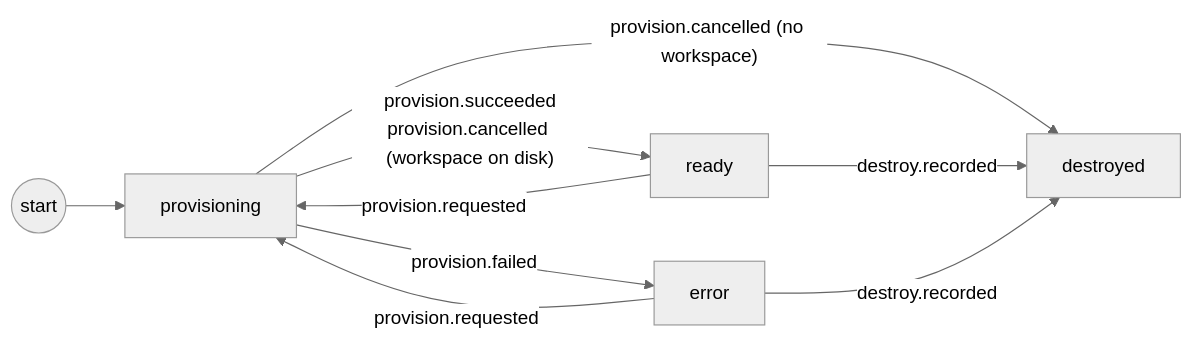
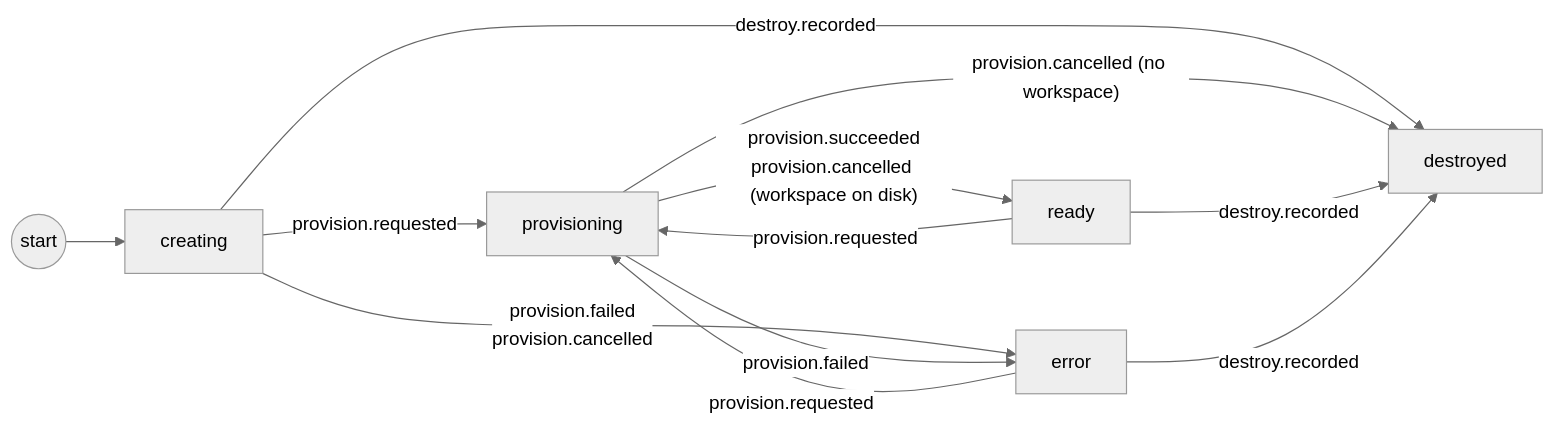
The second of 2 diagrams in docs/lifecycle-diagrams.md (IlyaM/bb), drawn with Mermaid (neutral theme) before and after one commit. The commit also changed 67 other files, not shown here.

````diff
--- a/docs/lifecycle-diagrams.md
+++ b/docs/lifecycle-diagrams.md
@@ -51,16 +51,20 @@
 ```mermaid
 flowchart LR
     __start((start))
+    creating["creating"]
     provisioning["provisioning"]
     ready["ready"]
     error["error"]
     destroyed["destroyed"]
-    __start --> provisioning
+    __start --> creating
+    creating -->|"provision.requested"| provisioning
+    creating -->|"provision.failed<br/>provision.cancelled"| error
+    creating -->|"destroy.recorded"| destroyed
     provisioning -->|"provision.succeeded<br/>provision.cancelled (workspace on disk)"| ready
     provisioning -->|"provision.failed"| error
     provisioning -->|"provision.cancelled (no workspace)"| destroyed
     ready -->|"provision.requested"| provisioning
     ready -->|"destroy.recorded"| destroyed
     error -->|"provision.requested"| provisioning
     error -->|"destroy.recorded"| destroyed
 ```
````
